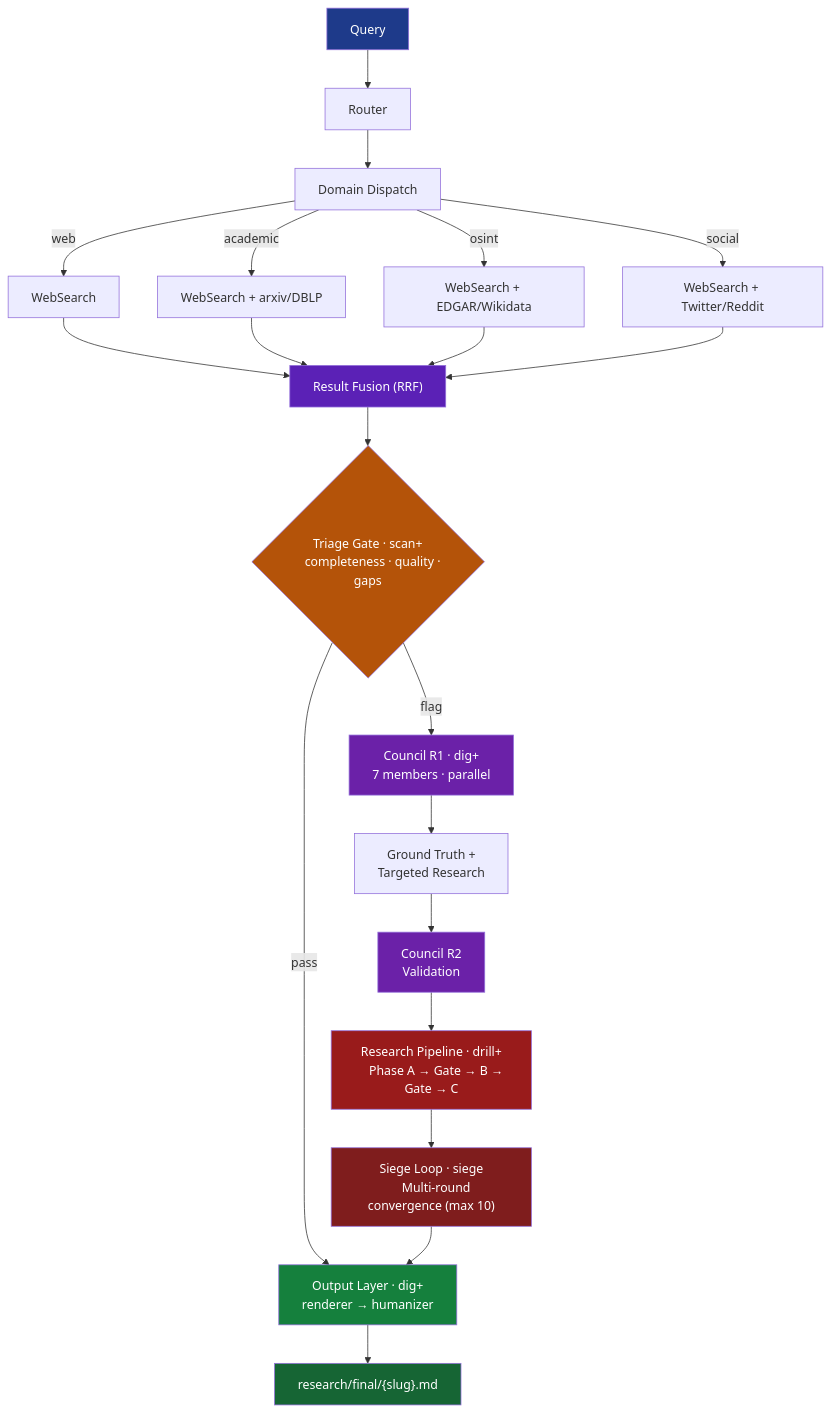
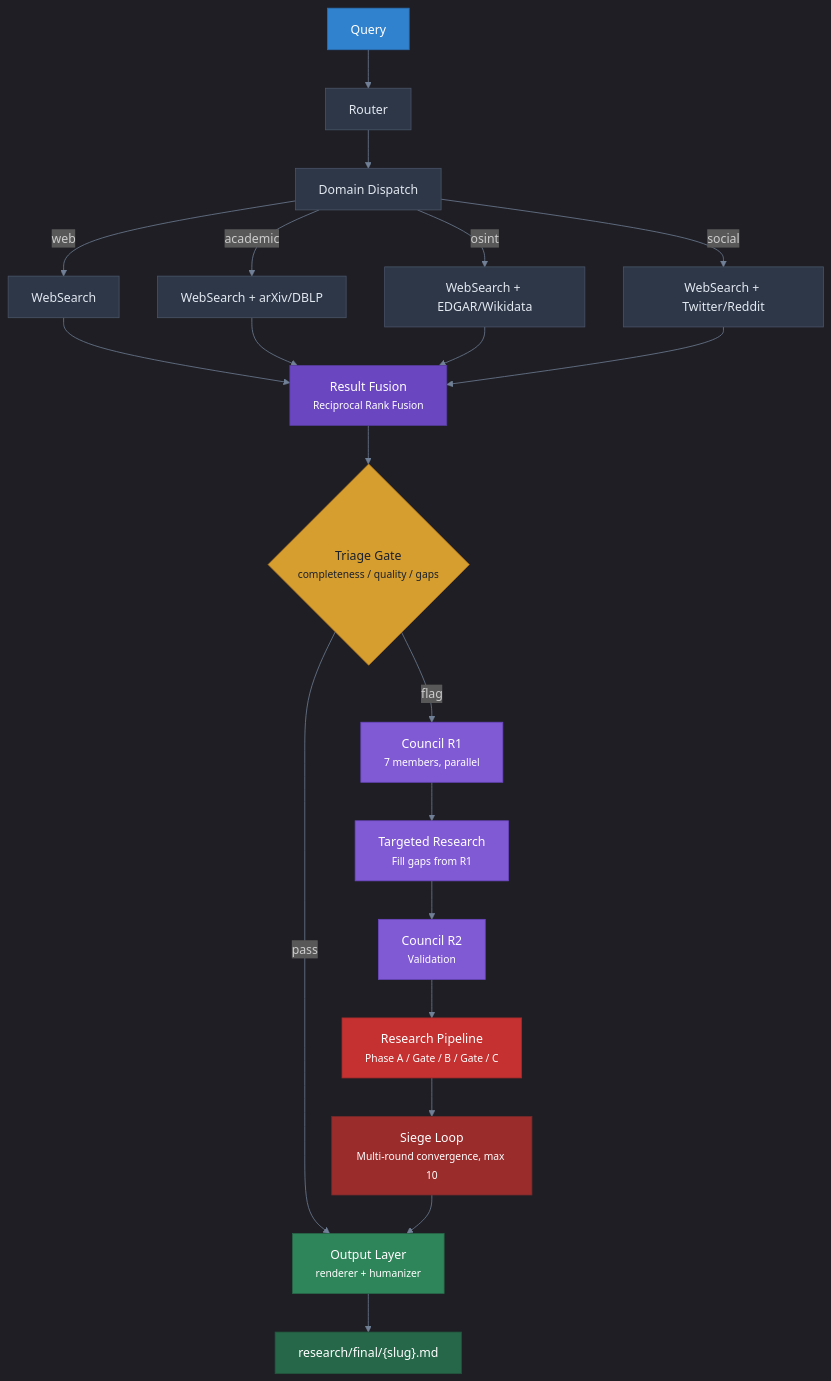
The first of 5 diagrams in docs/ARCHITECTURE.md (adambkovacs/seine-agentic-search-orchestrator-plugin), drawn with Mermaid before and after one commit. The commit also changed other lines of this file and 1 other file, not shown here.

First line of the commit message:
fix: replace buggy block-beta Mermaid with graph LR, overhaul ARCHITECTURE.md

````diff
--- a/docs/ARCHITECTURE.md
+++ b/docs/ARCHITECTURE.md
@@ -7,42 +7,43 @@
 ```mermaid
+%%{init: {'theme': 'dark', 'themeVariables': {'primaryColor': '#2D3748', 'primaryTextColor': '#E2E8F0', 'lineColor': '#718096'}}}%%
 flowchart TD
     Q["Query"] --> R["Router"]
     R --> D["Domain Dispatch"]
-    D --> |web| W["WebSearch"]
-    D --> |academic| A["WebSearch + arxiv/DBLP"]
-    D --> |osint| O["WebSearch + EDGAR/Wikidata"]
-    D --> |social| S["WebSearch + Twitter/Reddit"]
+    D -->|web| W["WebSearch"]
+    D -->|academic| A["WebSearch + arXiv/DBLP"]
+    D -->|osint| O["WebSearch + EDGAR/Wikidata"]
+    D -->|social| S["WebSearch + Twitter/Reddit"]
 
-    W & A & O & S --> F["Result Fusion (RRF)"]
+    W & A & O & S --> F["Result Fusion<br/><small>Reciprocal Rank Fusion</small>"]
 
-    F --> T{"Triage Gate · scan+
-    completeness · quality · gaps"}
-    T --> |"pass"| OUT
-    T --> |"flag"| C1
+    F --> T{"Triage Gate<br/><small>completeness / quality / gaps</small>"}
+    T -->|pass| OUT
+    T -->|flag| C1
 
-    C1["Council R1 · dig+
-    7 members · parallel"] --> GT["Ground Truth +
-    Targeted Research"]
-    GT --> C2["Council R2
-    Validation"]
+    C1["Council R1<br/><small>7 members, parallel</small>"] --> GT["Targeted Research<br/><small>Fill gaps from R1</small>"]
+    GT --> C2["Council R2<br/><small>Validation</small>"]
 
-    C2 --> RP["Research Pipeline · drill+
-    Phase A → Gate → B → Gate → C"]
+    C2 --> RP["Research Pipeline<br/><small>Phase A / Gate / B / Gate / C</small>"]
 
-    RP --> SG["Siege Loop · siege
-    Multi-round convergence (max 10)"]
+    RP --> SG["Siege Loop<br/><small>Multi-round convergence, max 10</small>"]
     SG --> OUT
 
-    OUT["Output Layer · dig+
-    renderer → humanizer"] --> FINAL["research/final/{slug}.md"]
+    OUT["Output Layer<br/><small>renderer + humanizer</small>"] --> FINAL["research/final/{slug}.md"]
 
-    style Q fill:#1E3A8A,color:#fff
-    style F fill:#5B21B6,color:#fff
-    style T fill:#B45309,color:#fff
-    style C1 fill:#6B21A8,color:#fff
-    style C2 fill:#6B21A8,color:#fff
-    style RP fill:#991B1B,color:#fff
-    style SG fill:#7F1D1D,color:#fff
-    style OUT fill:#15803D,color:#fff
-    style FINAL fill:#166534,color:#fff
+    style Q fill:#3182CE,color:#fff,stroke:#2B6CB0
+    style R fill:#2D3748,color:#E2E8F0,stroke:#4A5568
+    style D fill:#2D3748,color:#E2E8F0,stroke:#4A5568
+    style W fill:#2D3748,color:#E2E8F0,stroke:#4A5568
+    style A fill:#2D3748,color:#E2E8F0,stroke:#4A5568
+    style O fill:#2D3748,color:#E2E8F0,stroke:#4A5568
+    style S fill:#2D3748,color:#E2E8F0,stroke:#4A5568
+    style F fill:#6B46C1,color:#fff,stroke:#553C9A
+    style T fill:#D69E2E,color:#1A202C,stroke:#B7791F
+    style C1 fill:#805AD5,color:#fff,stroke:#6B46C1
+    style GT fill:#805AD5,color:#fff,stroke:#6B46C1
+    style C2 fill:#805AD5,color:#fff,stroke:#6B46C1
+    style RP fill:#C53030,color:#fff,stroke:#9B2C2C
+    style SG fill:#9B2C2C,color:#fff,stroke:#742A2A
+    style OUT fill:#2F855A,color:#fff,stroke:#276749
+    style FINAL fill:#276749,color:#fff,stroke:#22543D
 ```
````
